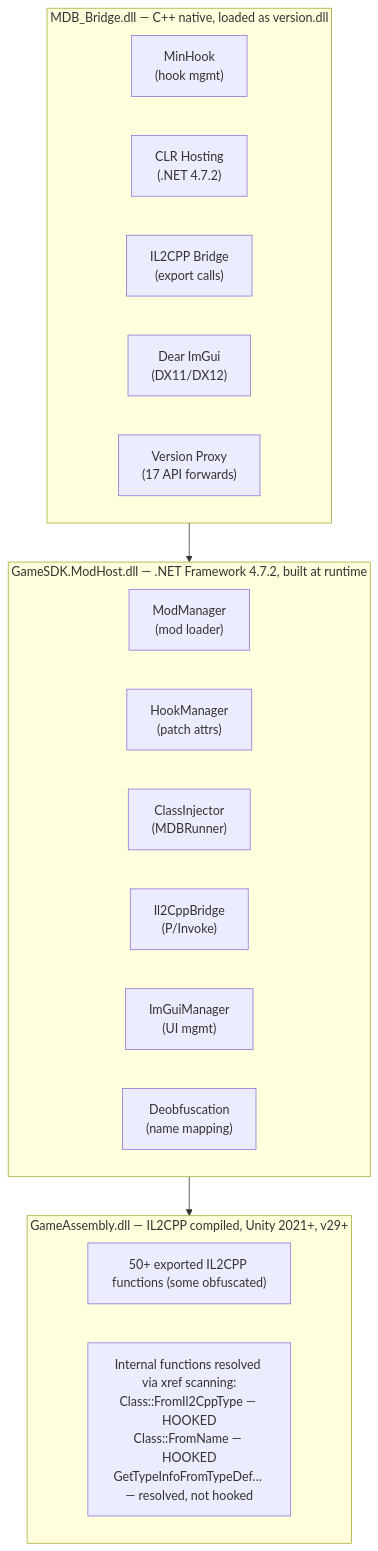
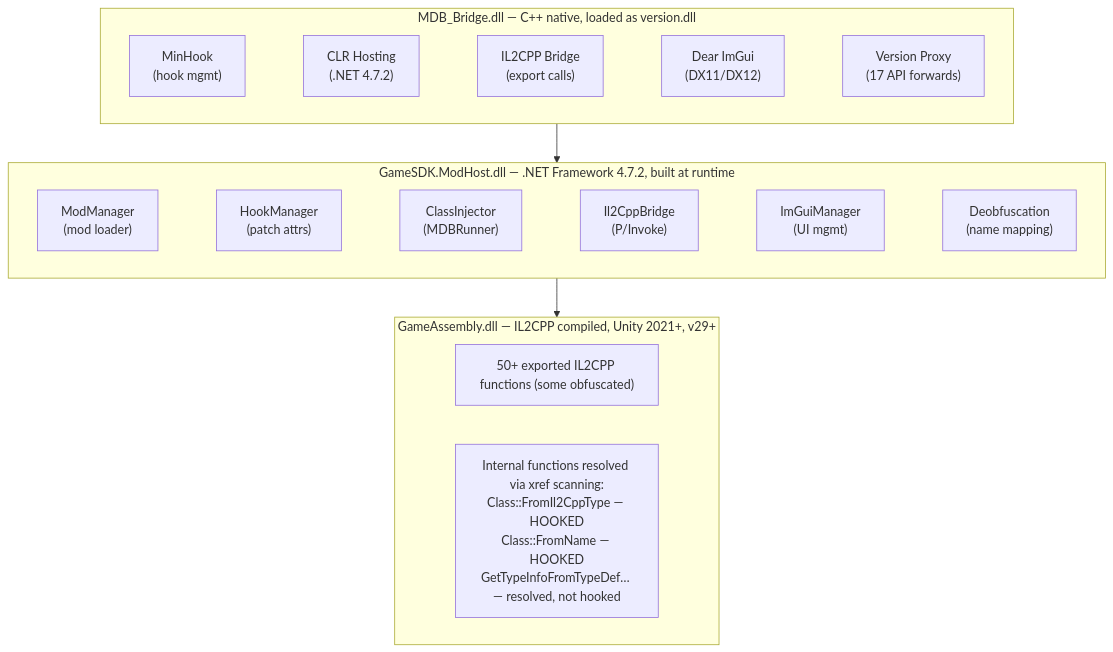
Before and after one commit to Zaclin-GIT/MDB: the first of 3 diagrams in docs/_guides/architecture.md, drawn with Mermaid. The commit also changed 1 other file, not shown here.

Commit message:
Fix mermaid diagrams: add invisible edges to arrange subgraph items horizontally

````diff
--- a/docs/_guides/architecture.md
+++ b/docs/_guides/architecture.md
@@ -31,29 +31,31 @@
 ```mermaid
 graph TB
     subgraph Bridge["MDB_Bridge.dll — C++ native, loaded as version.dll"]
         direction LR
         MinHook["MinHook<br/>(hook mgmt)"]
         CLRHost["CLR Hosting<br/>(.NET 4.7.2)"]
         IL2CPPBr["IL2CPP Bridge<br/>(export calls)"]
         ImGui["Dear ImGui<br/>(DX11/DX12)"]
         VersionProxy["Version Proxy<br/>(17 API forwards)"]
+        MinHook ~~~ CLRHost ~~~ IL2CPPBr ~~~ ImGui ~~~ VersionProxy
     end
 
     subgraph ModHost["GameSDK.ModHost.dll — .NET Framework 4.7.2, built at runtime"]
         direction LR
         ModMgr["ModManager<br/>(mod loader)"]
         HookMgr["HookManager<br/>(patch attrs)"]
         ClassInj["ClassInjector<br/>(MDBRunner)"]
         Il2CppCS["Il2CppBridge<br/>(P/Invoke)"]
         ImGuiMgr["ImGuiManager<br/>(UI mgmt)"]
         Deobfusc["Deobfuscation<br/>(name mapping)"]
+        ModMgr ~~~ HookMgr ~~~ ClassInj ~~~ Il2CppCS ~~~ ImGuiMgr ~~~ Deobfusc
     end
 
     subgraph GameAsm["GameAssembly.dll — IL2CPP compiled, Unity 2021+, v29+"]
         Exports["50+ exported IL2CPP functions (some obfuscated)"]
         Internal["Internal functions resolved via xref scanning:<br/>Class::FromIl2CppType — HOOKED<br/>Class::FromName — HOOKED<br/>GetTypeInfoFromTypeDef… — resolved, not hooked"]
     end
 
     Bridge --> ModHost
     ModHost --> GameAsm
 ```
````
